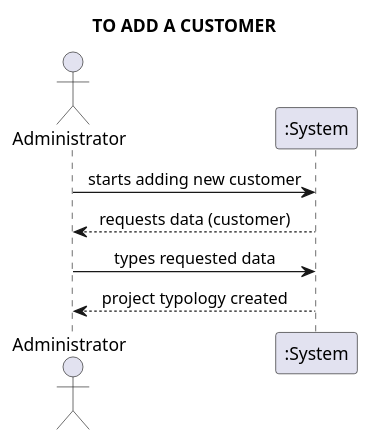
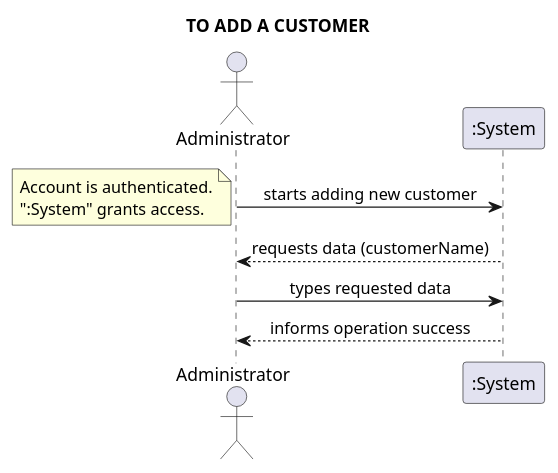
Before and after one commit to Loracline/project_switch_22-23: diagram 30 of 35 in docs/requirements_gathering/system_sequence_diagrams/systemSequenceDiagram.puml, drawn with PlantUML. The commit also changed 2 other files, not shown here.

Commit message:
US009: Refinement Sequence Diagram, Update SSD to final version & export to .png

```diff
--- a/docs/requirements_gathering/system_sequence_diagrams/systemSequenceDiagram.puml
+++ b/docs/requirements_gathering/system_sequence_diagrams/systemSequenceDiagram.puml
@@ -457,9 +457,13 @@
 @startuml
 skinparam sequenceMessageAlign center
 title TO ADD A CUSTOMER
 actor "Administrator" as adm
 adm -> ":System": starts adding new customer
-adm <-- ":System": requests data (customer)
+note left
+Account is authenticated.
+":System" grants access.
+end note
+adm <-- ":System": requests data (customerName)
 adm -> ":System": types requested data
-adm <-- ":System":project typology created
+adm <-- ":System":informs operation success
 @enduml
```
